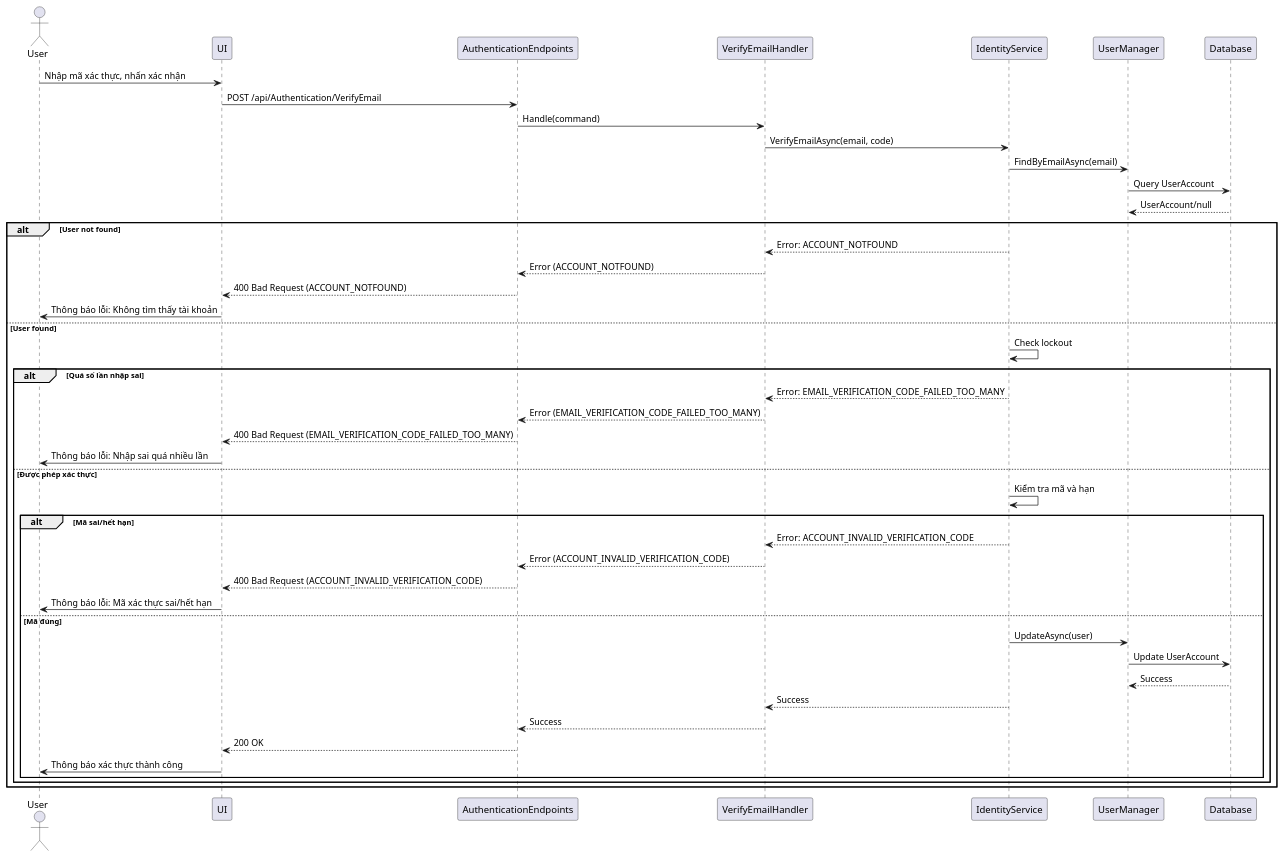
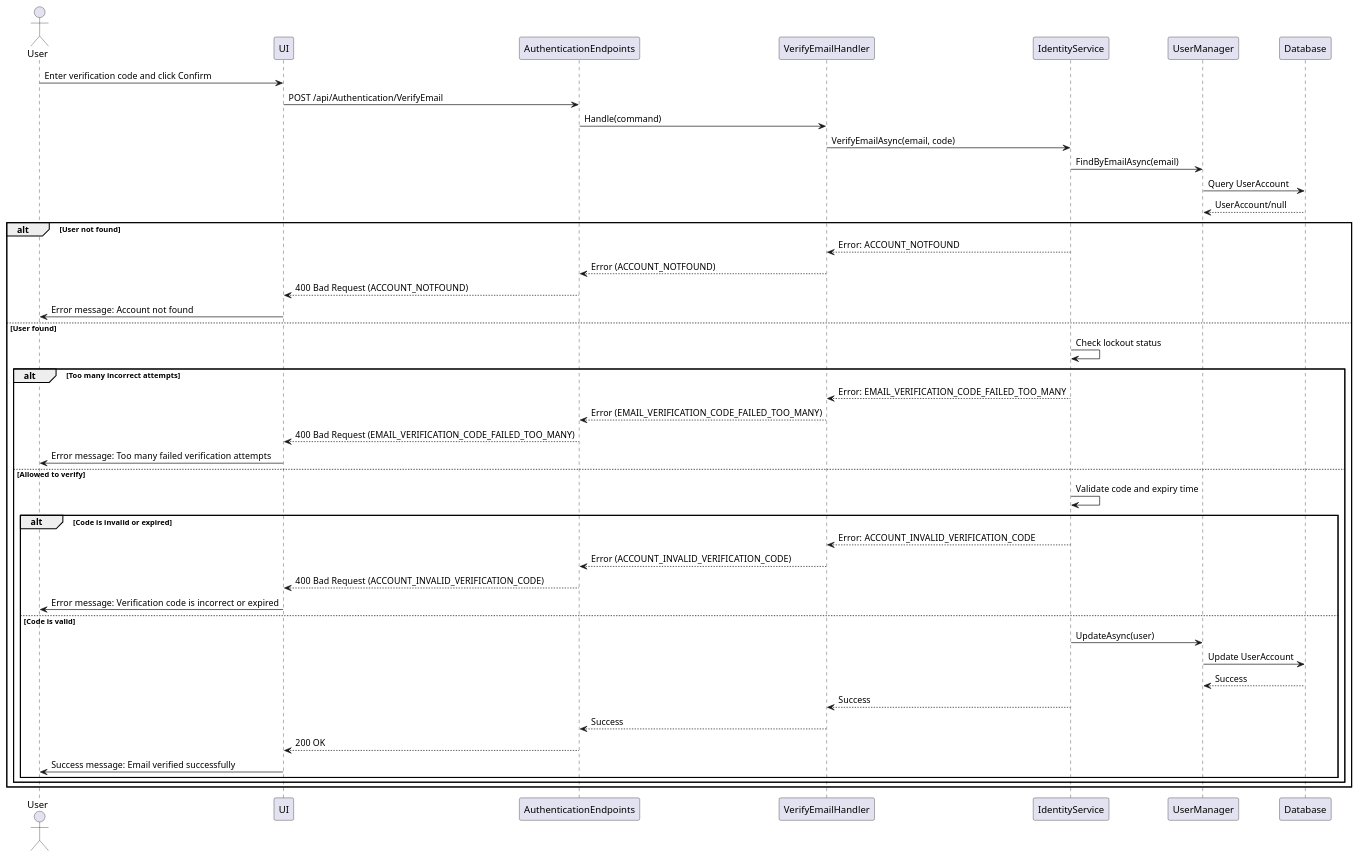
The diagram in authentication/Sequence/07_VerifyEmail.puml (thanhkhac/SEP_Diagram), drawn with PlantUML before and after one commit. The commit also changed 8 other files, not shown here.

First line of the commit message:
Update authentication sequence diagrams for clarity and consistency

```diff
--- a/authentication/Sequence/07_VerifyEmail.puml
+++ b/authentication/Sequence/07_VerifyEmail.puml
@@ -1,47 +1,48 @@
 @startuml
 actor User
 participant UI
 participant AuthenticationEndpoints
 participant VerifyEmailHandler
 participant IdentityService
 participant UserManager
 participant Database
 
-User -> UI : Nhập mã xác thực, nhấn xác nhận
+User -> UI : Enter verification code and click Confirm
 UI -> AuthenticationEndpoints : POST /api/Authentication/VerifyEmail
 AuthenticationEndpoints -> VerifyEmailHandler : Handle(command)
 VerifyEmailHandler -> IdentityService : VerifyEmailAsync(email, code)
 IdentityService -> UserManager : FindByEmailAsync(email)
 UserManager -> Database : Query UserAccount
 Database --> UserManager : UserAccount/null
+
 alt User not found
     IdentityService --> VerifyEmailHandler : Error: ACCOUNT_NOTFOUND
     VerifyEmailHandler --> AuthenticationEndpoints : Error (ACCOUNT_NOTFOUND)
     AuthenticationEndpoints --> UI : 400 Bad Request (ACCOUNT_NOTFOUND)
-    UI -> User : Thông báo lỗi: Không tìm thấy tài khoản
+    UI -> User : Error message: Account not found
 else User found
-    IdentityService -> IdentityService : Check lockout
-    alt Quá số lần nhập sai
+    IdentityService -> IdentityService : Check lockout status
+    alt Too many incorrect attempts
         IdentityService --> VerifyEmailHandler : Error: EMAIL_VERIFICATION_CODE_FAILED_TOO_MANY
         VerifyEmailHandler --> AuthenticationEndpoints : Error (EMAIL_VERIFICATION_CODE_FAILED_TOO_MANY)
         AuthenticationEndpoints --> UI : 400 Bad Request (EMAIL_VERIFICATION_CODE_FAILED_TOO_MANY)
-        UI -> User : Thông báo lỗi: Nhập sai quá nhiều lần
-    else Được phép xác thực
-        IdentityService -> IdentityService : Kiểm tra mã và hạn
-        alt Mã sai/hết hạn
+        UI -> User : Error message: Too many failed verification attempts
+    else Allowed to verify
+        IdentityService -> IdentityService : Validate code and expiry time
+        alt Code is invalid or expired
             IdentityService --> VerifyEmailHandler : Error: ACCOUNT_INVALID_VERIFICATION_CODE
             VerifyEmailHandler --> AuthenticationEndpoints : Error (ACCOUNT_INVALID_VERIFICATION_CODE)
             AuthenticationEndpoints --> UI : 400 Bad Request (ACCOUNT_INVALID_VERIFICATION_CODE)
-            UI -> User : Thông báo lỗi: Mã xác thực sai/hết hạn
-        else Mã đúng
+            UI -> User : Error message: Verification code is incorrect or expired
+        else Code is valid
             IdentityService -> UserManager : UpdateAsync(user)
             UserManager -> Database : Update UserAccount
             Database --> UserManager : Success
             IdentityService --> VerifyEmailHandler : Success
             VerifyEmailHandler --> AuthenticationEndpoints : Success
             AuthenticationEndpoints --> UI : 200 OK
-            UI -> User : Thông báo xác thực thành công
+            UI -> User : Success message: Email verified successfully
         end
     end
 end
 @enduml
```
